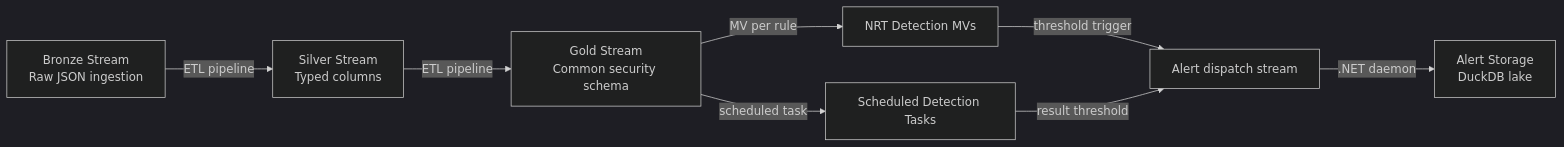
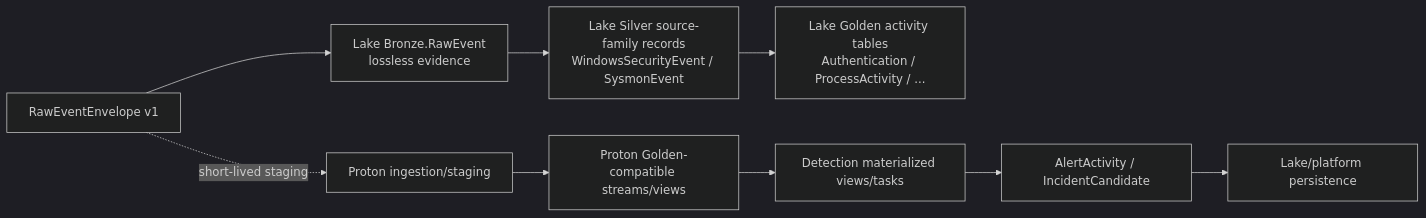
One commit to DeltaZulu-OU/DeltaZulu.Platform changed the third of 6 diagrams in docs/ARCHITECTURE.md. Above: the diagram before and after it, drawn with Mermaid (dark theme). The commit also changed other lines of this file and 5 other files, not shown here.

Commit message:
Supersede schema medallion ADR

````diff
--- a/docs/ARCHITECTURE.md
+++ b/docs/ARCHITECTURE.md
@@ -469,10 +465,11 @@
 ```mermaid
 flowchart LR
-    B["Bronze Stream<br/>Raw JSON ingestion"] -->|ETL pipeline| S["Silver Stream<br/>Typed columns"]
-    S -->|ETL pipeline| G["Gold Stream<br/>Common security schema"]
-    G -->|MV per rule| NRT["NRT Detection MVs"]
-    G -->|scheduled task| SCH["Scheduled Detection Tasks"]
-    NRT -->|threshold trigger| A["Alert dispatch stream"]
-    SCH -->|result threshold| A
-    A -->|.NET daemon| DB["Alert Storage<br/>DuckDB lake"]
+    R["RawEventEnvelope v1"] --> B["Lake Bronze.RawEvent<br/>lossless evidence"]
+    B --> S["Lake Silver source-family records<br/>WindowsSecurityEvent / SysmonEvent"]
+    S --> G["Lake Golden activity tables<br/>Authentication / ProcessActivity / ..."]
+    R -.short-lived staging.-> PI["Proton ingestion/staging"]
+    PI --> PG["Proton Golden-compatible streams/views"]
+    PG --> MV["Detection materialized views/tasks"]
+    MV --> A["AlertActivity / IncidentCandidate"]
+    A --> DB["Lake/platform persistence"]
 ```
````
